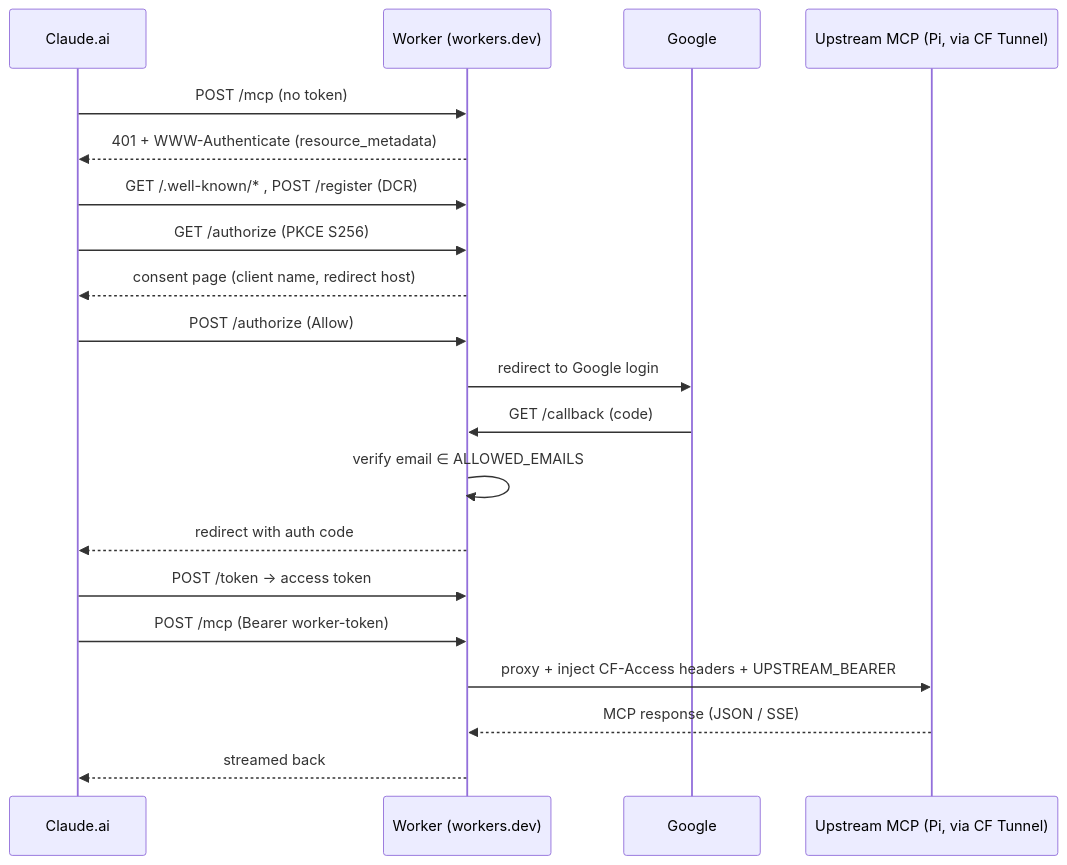
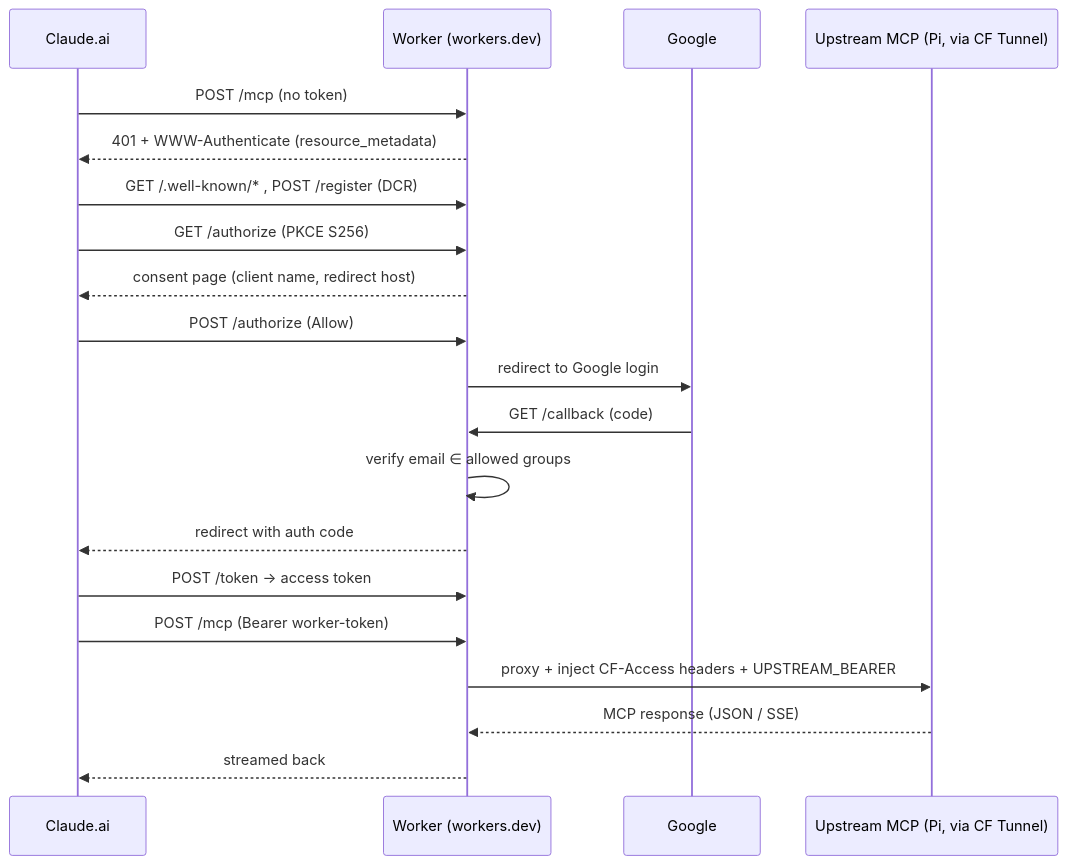
The diagram in workers/mcp-connector/README.md (giocaizzi/rp5-homeserver), drawn with Mermaid before and after one commit. The commit also changed other lines of this file and 13 other files, not shown here.

````diff
--- a/workers/mcp-connector/README.md
+++ b/workers/mcp-connector/README.md
@@ -39,23 +40,23 @@
 ```mermaid
 sequenceDiagram
     participant C as Claude.ai
     participant W as Worker (workers.dev)
     participant G as Google
     participant P as Upstream MCP (Pi, via CF Tunnel)
 
     C->>W: POST /mcp (no token)
     W-->>C: 401 + WWW-Authenticate (resource_metadata)
     C->>W: GET /.well-known/* , POST /register (DCR)
     C->>W: GET /authorize (PKCE S256)
     W-->>C: consent page (client name, redirect host)
     C->>W: POST /authorize (Allow)
     W->>G: redirect to Google login
     G->>W: GET /callback (code)
-    W->>W: verify email ∈ ALLOWED_EMAILS
+    W->>W: verify email ∈ allowed groups
     W-->>C: redirect with auth code
     C->>W: POST /token  → access token
     C->>W: POST /mcp (Bearer worker-token)
     W->>P: proxy + inject CF-Access headers + UPSTREAM_BEARER
     P-->>W: MCP response (JSON / SSE)
     W-->>C: streamed back
 ```
````
